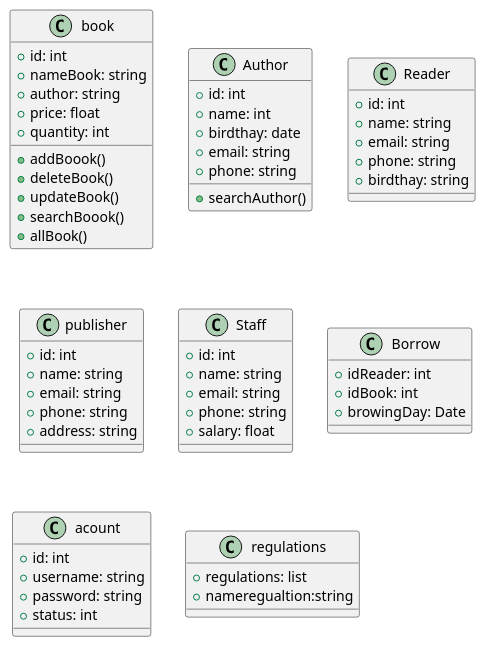
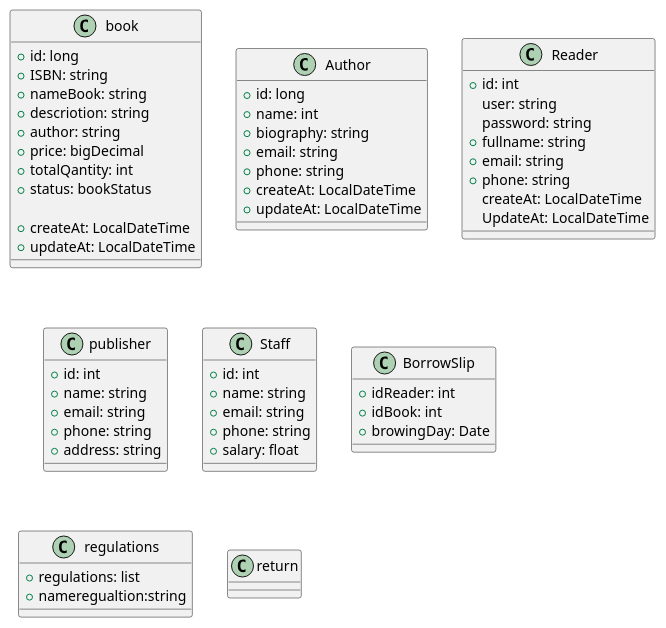
One commit to Tkanh12-10-2024/LibaryManger changed the diagram in src/com/khanh/libarymanager/LibaryClass.puml. Above: the diagram before and after it, drawn with PlantUML.

Commit message:
Update class digram three

```diff
--- a/src/com/khanh/libarymanager/LibaryClass.puml
+++ b/src/com/khanh/libarymanager/LibaryClass.puml
@@ -1,59 +1,63 @@
 @startuml
 class book {
-    +id: int
+    +id: long
+    +ISBN: string
     +nameBook: string
+    +descriotion: string
     +author: string
-    +price: float
-    +quantity: int
-    +addBoook()
-    +deleteBook()
-    +updateBook()
-    +searchBoook()
-    +allBook()
+    +price: bigDecimal
+    +totalQantity: int
+    +status: bookStatus
+
+    +createAt: LocalDateTime
+    +updateAt: LocalDateTime
 }
 class Author {
-    +id: int
+    +id: long
     +name: int
-    +birdthay: date
+    +biography: string
     +email: string
-    + phone: string
-    +searchAuthor()
+    +phone: string
+    +createAt: LocalDateTime
+    +updateAt: LocalDateTime
 }
 class Reader {
     +id: int
-    +name: string
+    user: string
+    password: string
+    +fullname: string
     +email: string
     +phone: string
-    +birdthay: string
+    createAt: LocalDateTime
+    UpdateAt: LocalDateTime
 }
 class publisher {
     +id: int
     +name: string
     +email: string
     +phone: string
     +address: string
 }
 class Staff {
     +id: int
     +name: string
     +email: string
     +phone: string
     +salary: float
 
 }
-class Borrow {
+class BorrowSlip {
  +idReader: int
  +idBook: int
  +browingDay: Date
 }
-class acount {
-    +id: int
-    +username: string
-    +password: string
-    +status: int
-}
+
 class regulations {
     +regulations: list
     +nameregualtion:string
 }
+
+class return {
+
+}
 @enduml
```
